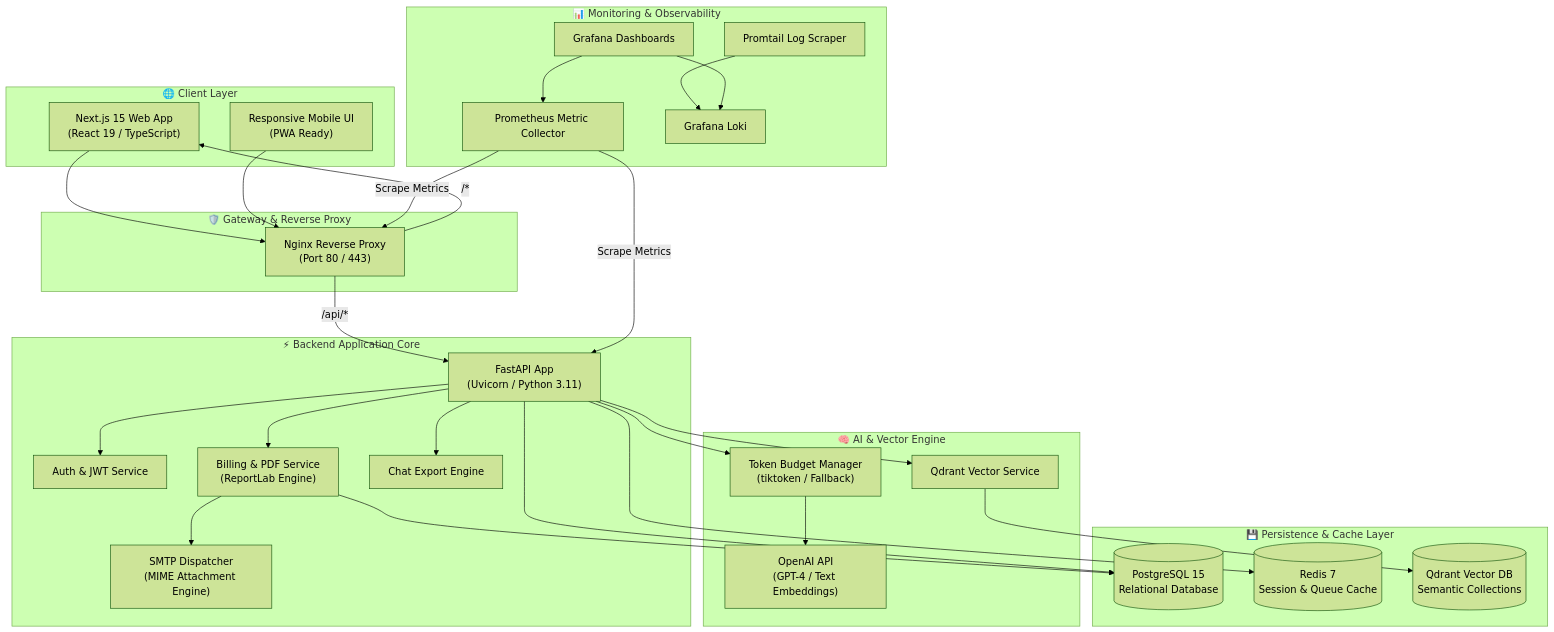
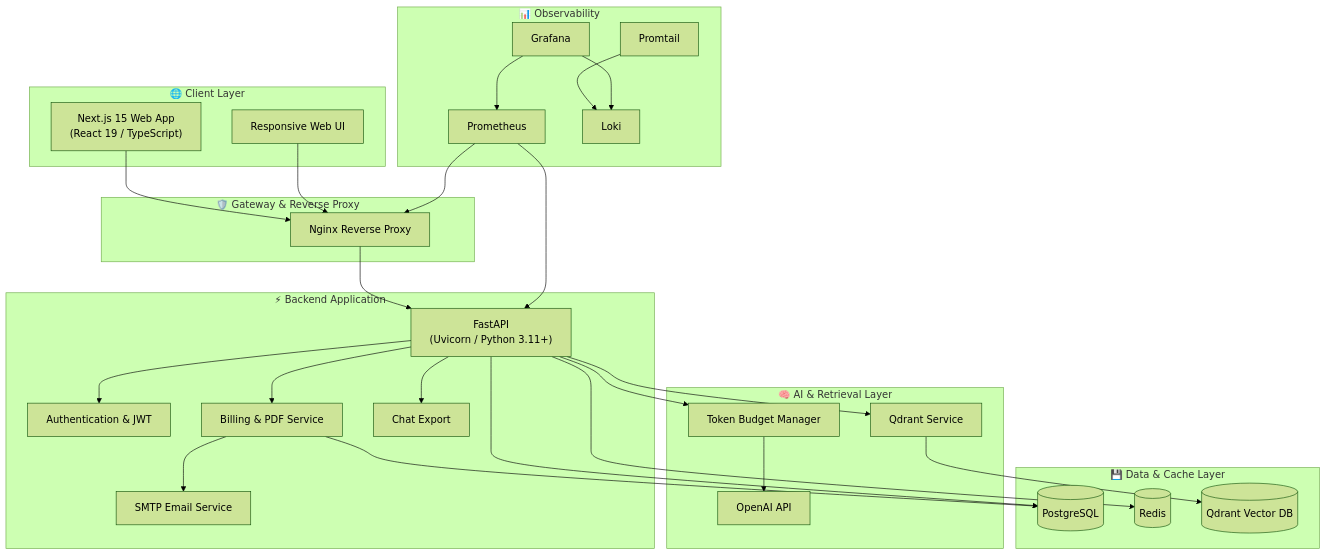
Before and after one commit to Aniket-Athanikar/Aptora: the first of 3 diagrams in README.md, drawn with Mermaid (forest theme). The commit also changed other lines of this file and 16 other files, not shown here.

````diff
--- a/README.md
+++ b/README.md
@@ -79,71 +180,67 @@
 ```mermaid
 graph TD
-    %% Clients Layer
+
     subgraph Clients["🌐 Client Layer"]
         Browser["Next.js 15 Web App<br/>(React 19 / TypeScript)"]
-        Mobile["Responsive Mobile UI<br/>(PWA Ready)"]
+        Mobile["Responsive Web UI"]
     end
 
-    %% Gateway Layer
     subgraph Gateway["🛡️ Gateway & Reverse Proxy"]
-        Nginx["Nginx Reverse Proxy<br/>(Port 80 / 443)"]
+        Nginx["Nginx Reverse Proxy"]
     end
 
-    %% Backend Core
-    subgraph Backend["⚡ Backend Application Core"]
-        FastAPI["FastAPI App<br/>(Uvicorn / Python 3.11)"]
-        AuthService["Auth & JWT Service"]
-        BillingService["Billing & PDF Service<br/>(ReportLab Engine)"]
-        EmailService["SMTP Dispatcher<br/>(MIME Attachment Engine)"]
-        ChatExport["Chat Export Engine"]
+    subgraph Backend["⚡ Backend Application"]
+        FastAPI["FastAPI<br/>(Uvicorn / Python 3.11+)"]
+        AuthService["Authentication & JWT"]
+        BillingService["Billing & PDF Service"]
+        EmailService["SMTP Email Service"]
+        ChatExport["Chat Export"]
     end
 
-    %% AI & Data Pipeline
-    subgraph AI_Engine["🧠 AI & Vector Engine"]
-        OpenAI["OpenAI API<br/>(GPT-4 / Text Embeddings)"]
-        TokenManager["Token Budget Manager<br/>(tiktoken / Fallback)"]
-        QdrantService["Qdrant Vector Service"]
+    subgraph AI["🧠 AI & Retrieval Layer"]
+        OpenAI["OpenAI API"]
+        TokenManager["Token Budget Manager"]
+        QdrantService["Qdrant Service"]
     end
 
-    %% Persistence Layer
-    subgraph Storage["💾 Persistence & Cache Layer"]
-        Postgres[(PostgreSQL 15<br/>Relational Database)]
-        Redis[(Redis 7<br/>Session & Queue Cache)]
-        Qdrant[(Qdrant Vector DB<br/>Semantic Collections)]
+    subgraph Storage["💾 Data & Cache Layer"]
+        Postgres[(PostgreSQL)]
+        Redis[(Redis)]
+        Qdrant[(Qdrant Vector DB)]
     end
 
-    %% Monitoring Stack
-    subgraph Observability["📊 Monitoring & Observability"]
-        Prometheus["Prometheus Metric Collector"]
-        Grafana["Grafana Dashboards"]
-        Loki["Grafana Loki"]
-        Promtail["Promtail Log Scraper"]
+    subgraph Observability["📊 Observability"]
+        Prometheus["Prometheus"]
+        Grafana["Grafana"]
+        Loki["Loki"]
+        Promtail["Promtail"]
     end
 
-    %% Connections
     Browser --> Nginx
     Mobile --> Nginx
-    Nginx -->|/api/*| FastAPI
-    Nginx -->|/*| Browser
+
+    Nginx --> FastAPI
 
     FastAPI --> AuthService
     FastAPI --> BillingService
     FastAPI --> ChatExport
-    
+    FastAPI --> TokenManager
+    FastAPI --> QdrantService
+
     BillingService --> EmailService
     BillingService --> Postgres
-    
-    FastAPI --> TokenManager
+
     TokenManager --> OpenAI
-    FastAPI --> QdrantService
+
     QdrantService --> Qdrant
-    
+
     FastAPI --> Postgres
     FastAPI --> Redis
 
-    Prometheus -->|Scrape Metrics| FastAPI
-    Prometheus -->|Scrape Metrics| Nginx
+    Prometheus --> FastAPI
+    Prometheus --> Nginx
+
     Grafana --> Prometheus
     Promtail --> Loki
     Grafana --> Loki
 ```
````
